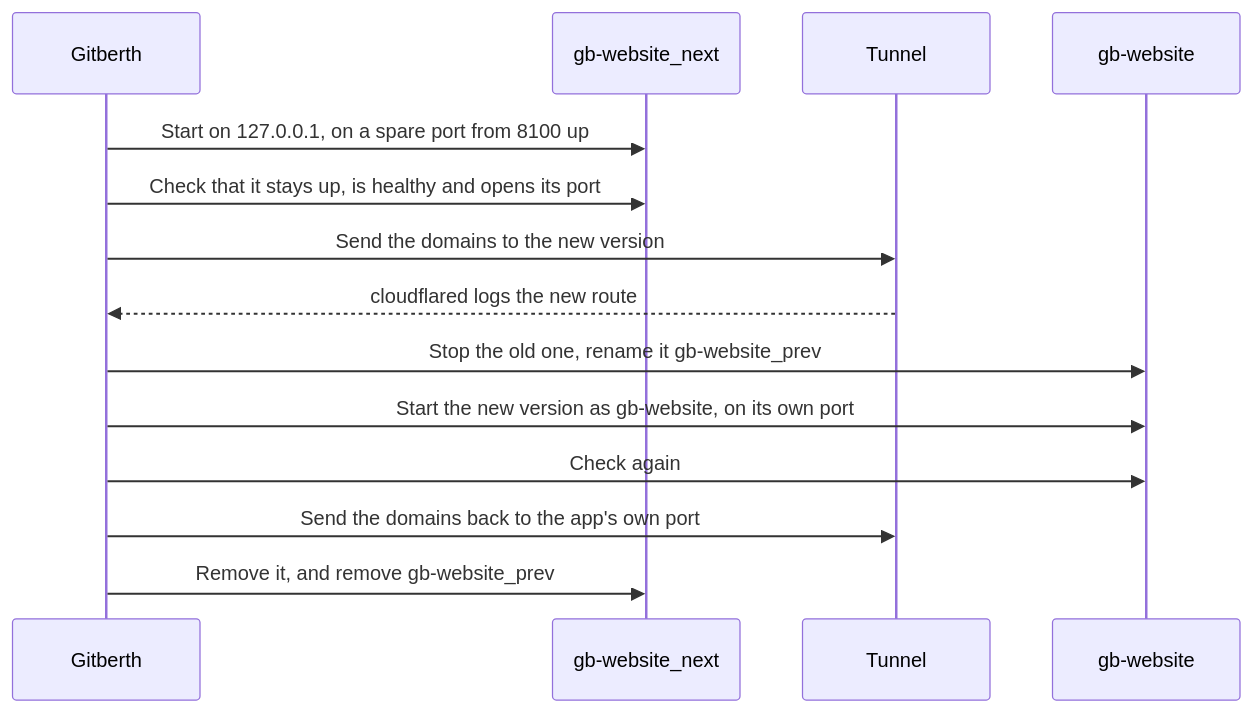
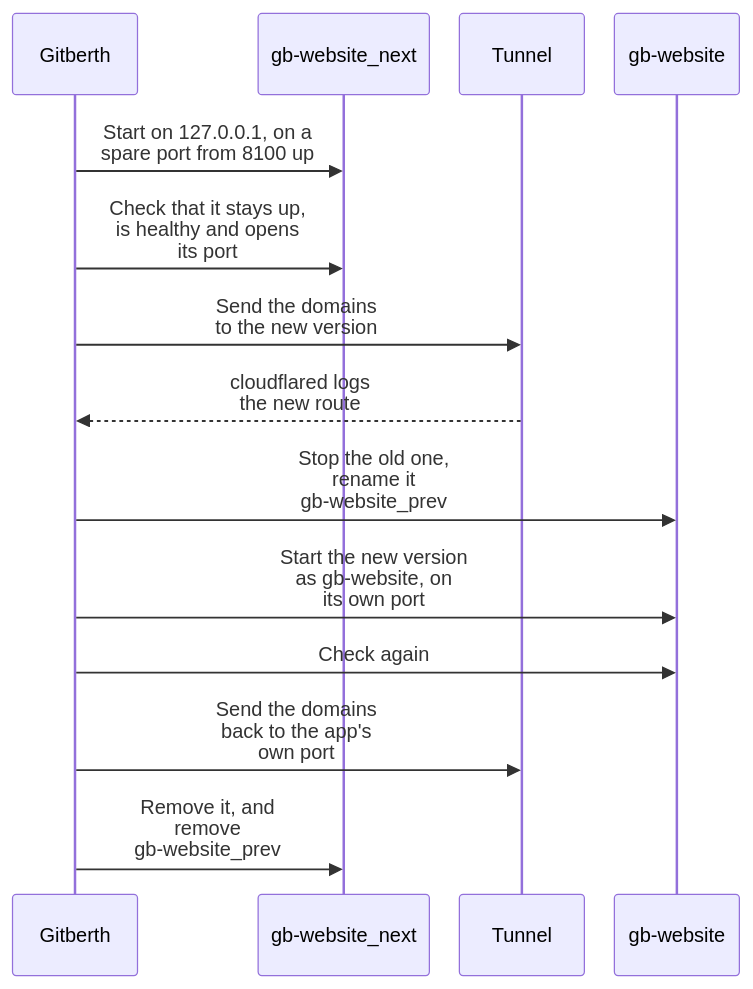
The second of 3 diagrams in docs/concepts/how-deploys-work.md (johnhowelljr/Gitberth), drawn with Mermaid before and after one commit. The commit also changed other lines of this file and 272 other files, not shown here.

````diff
--- a/docs/concepts/how-deploys-work.md
+++ b/docs/concepts/how-deploys-work.md
@@ -46,16 +47,17 @@
 ```mermaid
+%%{init: {"sequence": {"width": 100, "actorMargin": 24}}}%%
 sequenceDiagram
     participant G as Gitberth
     participant N as gb-website_next
     participant T as Tunnel
     participant O as gb-website
-    G->>N: Start on 127.0.0.1, on a spare port from 8100 up
-    G->>N: Check that it stays up, is healthy and opens its port
-    G->>T: Send the domains to the new version
-    T-->>G: cloudflared logs the new route
-    G->>O: Stop the old one, rename it gb-website_prev
-    G->>O: Start the new version as gb-website, on its own port
+    G->>N: Start on 127.0.0.1, on a<br/>spare port from 8100 up
+    G->>N: Check that it stays up,<br/>is healthy and opens<br/>its port
+    G->>T: Send the domains<br/>to the new version
+    T-->>G: cloudflared logs<br/>the new route
+    G->>O: Stop the old one,<br/>rename it<br/>gb-website_prev
+    G->>O: Start the new version<br/>as gb-website, on<br/>its own port
     G->>O: Check again
-    G->>T: Send the domains back to the app's own port
-    G->>N: Remove it, and remove gb-website_prev
+    G->>T: Send the domains<br/>back to the app's<br/>own port
+    G->>N: Remove it, and<br/>remove<br/>gb-website_prev
 ```
````
